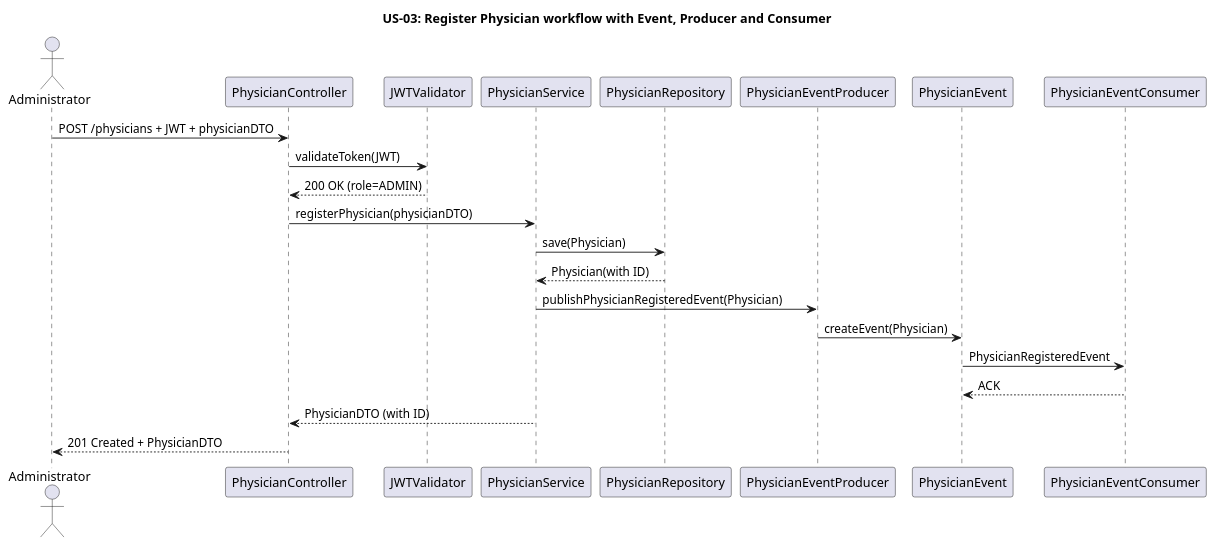
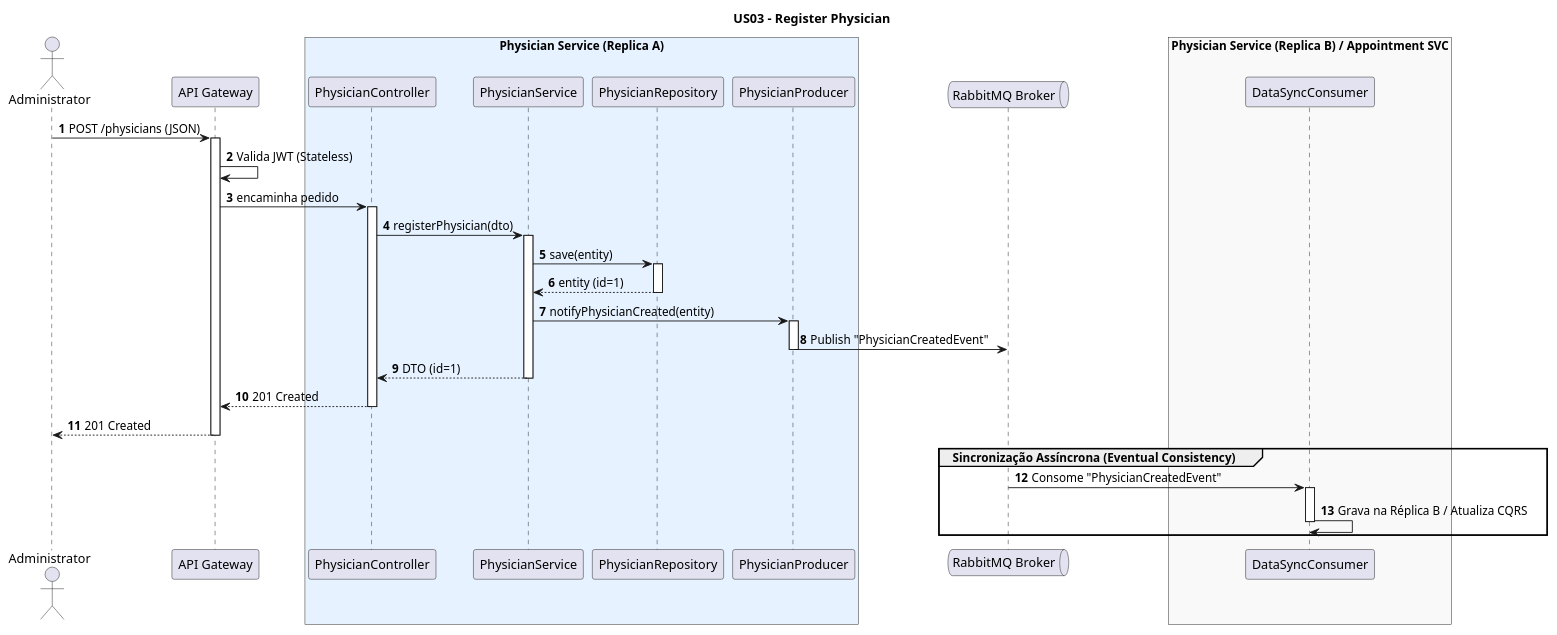
Before and after one commit to 1211104/PROJ_SIDIS2025: the diagram in docs/iteração2/WP#1A/US-03.puml, drawn with PlantUML. The commit also changed 1 other file, not shown here.

Commit message:
US03 Criar physician SSD update

```diff
--- a/docs/iteração2/WP#1A/US-03.puml
+++ b/docs/iteração2/WP#1A/US-03.puml
@@ -1,30 +1,62 @@
 @startuml
-title US-03: Register Physician workflow with Event, Producer and Consumer
+title US03 - Register Physician
+
+autonumber
 
 actor Administrator
-participant "PhysicianController" as controller
-participant "JWTValidator" as jwt
-participant "PhysicianService" as service
-participant "PhysicianRepository" as repo
+participant "API Gateway" as gateway
 
-participant "PhysicianEventProducer" as producer
-participant "PhysicianEvent" as event
-participant "PhysicianEventConsumer" as consumer
+box "Physician Service (Replica A)" #E6F2FF
+    participant "PhysicianController" as controller
+    participant "PhysicianService" as service
+    participant "PhysicianRepository" as repo
+    participant "PhysicianProducer" as producer
+end box
 
-Administrator -> controller : POST /physicians + JWT + physicianDTO
-controller -> jwt : validateToken(JWT)
-jwt --> controller : 200 OK (role=ADMIN)
+queue "RabbitMQ Broker" as mq
 
-controller -> service : registerPhysician(physicianDTO)
-service -> repo : save(Physician)
-repo --> service : Physician(with ID)
+box "Physician Service (Replica B) / Appointment SVC" #F9F9F9
+    participant "DataSyncConsumer" as consumer
+end box
 
-service -> producer : publishPhysicianRegisteredEvent(Physician)
-producer -> event : createEvent(Physician)
 
-event -> consumer : PhysicianRegisteredEvent
-consumer --> event : ACK
+Administrator -> gateway : POST /physicians (JSON)
+activate gateway
+gateway -> gateway : Valida JWT (Stateless)
 
-service --> controller : PhysicianDTO (with ID)
-controller --> Administrator : 201 Created + PhysicianDTO
+gateway -> controller : encaminha pedido
+activate controller
+
+
+
+    controller -> service : registerPhysician(dto)
+    activate service
+
+
+        service -> repo : save(entity)
+        activate repo
+        repo --> service : entity (id=1)
+        deactivate repo
+
+        service -> producer : notifyPhysicianCreated(entity)
+        activate producer
+            producer -> mq : Publish "PhysicianCreatedEvent"
+        deactivate producer
+
+    service --> controller : DTO (id=1)
+    deactivate service
+
+controller --> gateway : 201 Created
+deactivate controller
+gateway --> Administrator : 201 Created
+deactivate gateway
+
+
+group Sincronização Assíncrona (Eventual Consistency)
+    mq -> consumer : Consome "PhysicianCreatedEvent"
+    activate consumer
+    consumer -> consumer : Grava na Réplica B / Atualiza CQRS
+    deactivate consumer
+end
+
 @enduml
```
